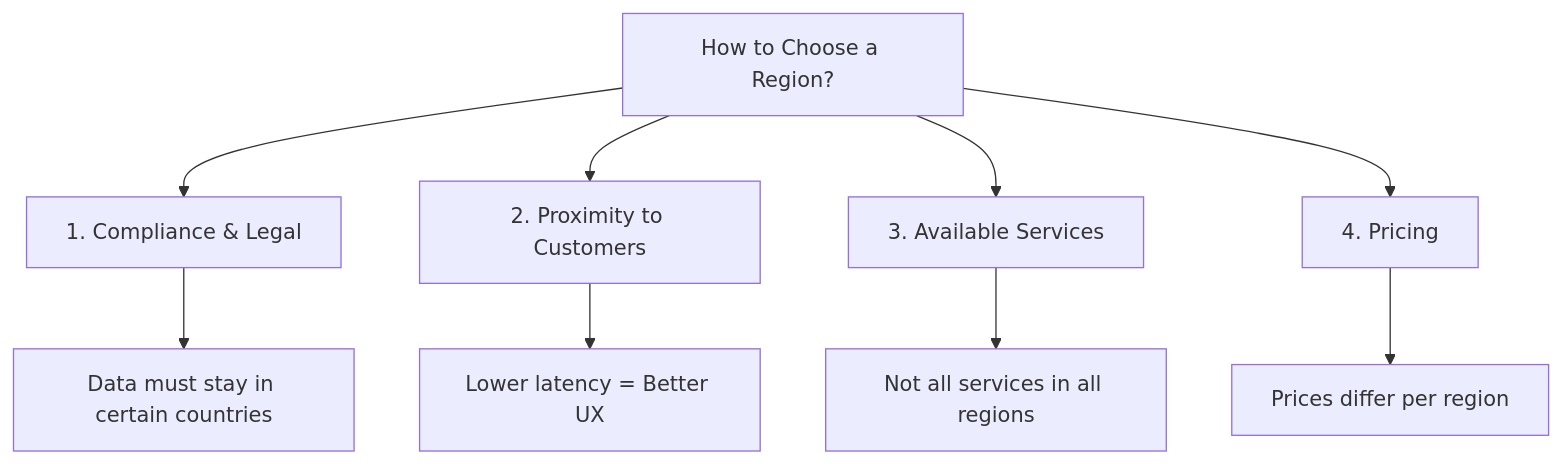
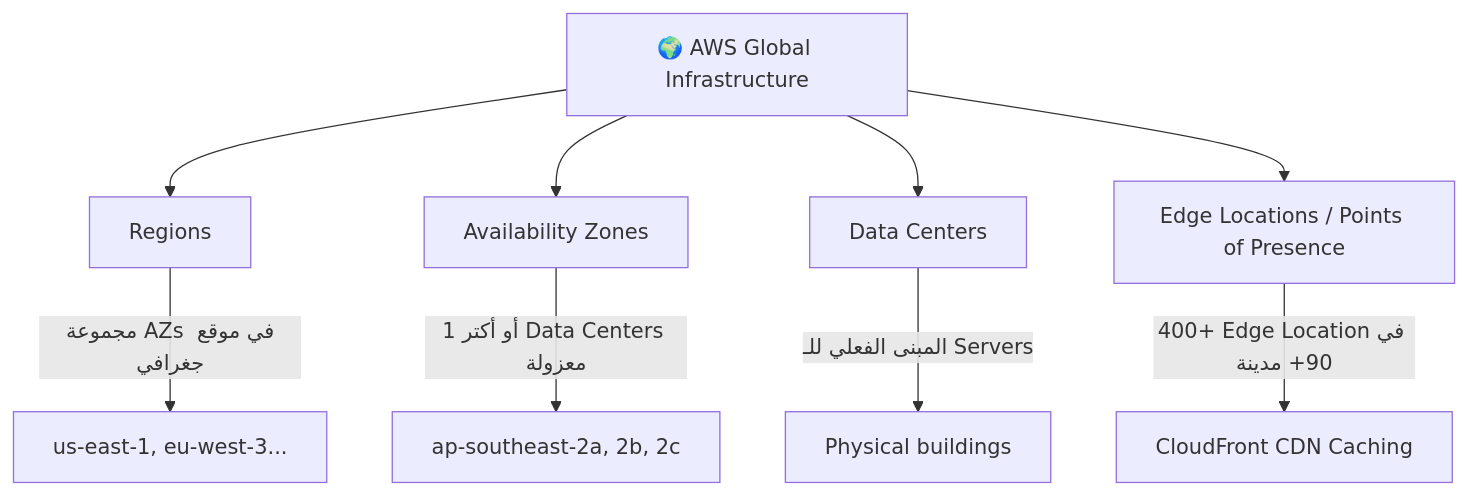
The ninth of 20 diagrams in Aws practitioner/aws_domain1_cloud_concepts.md (muhammad-khaled-tech/My-Study-Notes), drawn with Mermaid before and after one commit. The commit also changed other lines of this file and 3 other files, not shown here.

````diff
--- a/Aws practitioner/aws_domain1_cloud_concepts.md
+++ b/Aws practitioner/aws_domain1_cloud_concepts.md
@@ -479,11 +411,12 @@
 ```mermaid
-graph TD
-    A[How to Choose a Region?] --> B[1. Compliance & Legal]
-    A --> C[2. Proximity to Customers]
-    A --> D[3. Available Services]
-    A --> E[4. Pricing]
-    B --> B1[Data must stay in certain countries]
-    C --> C1[Lower latency = Better UX]
-    D --> D1[Not all services in all regions]
-    E --> E1[Prices differ per region]
+flowchart TB
+    A[🌍 AWS Global Infrastructure] --> B[Regions]
+    A --> C[Availability Zones]
+    A --> D[Data Centers]
+    A --> E[Edge Locations / Points of Presence]
+
+    B -->|"مجموعة AZs في موقع جغرافي"| B1[us-east-1, eu-west-3...]
+    C -->|"1 أو أكتر Data Centers معزولة"| C1[ap-southeast-2a, 2b, 2c]
+    D -->|"المبنى الفعلي للـ Servers"| D1[Physical buildings]
+    E -->|"400+ Edge Location في 90+ مدينة"| E1[CloudFront CDN Caching]
 ```
````
